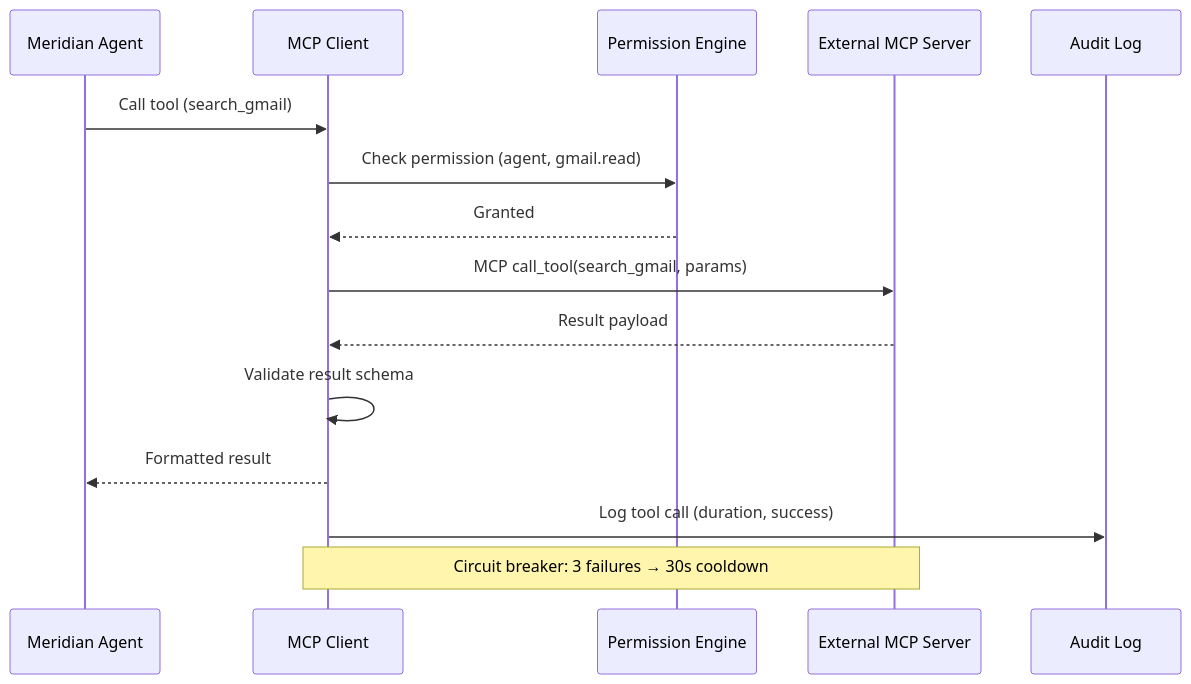
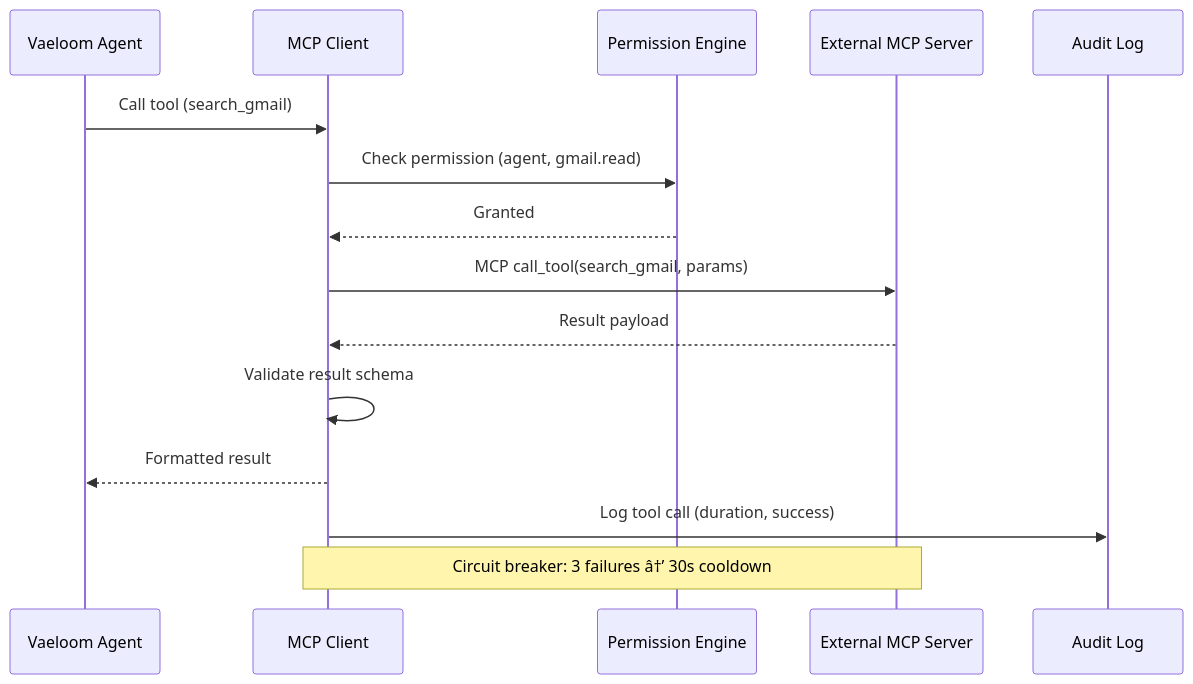
One commit to Driftloom/Vaeloom changed the second of 2 diagrams in Docs/AI/MCP.md. Above: the diagram before and after it, drawn with Mermaid. The commit also changed other lines of this file and 249 other files, not shown here.

Commit message:
Rename all references from Meridian to Vaeloom across docs, scripts, and config

````diff
--- a/Docs/AI/MCP.md
+++ b/Docs/AI/MCP.md
@@ -185,21 +185,21 @@
 ```mermaid
 sequenceDiagram
-    participant AG as Meridian Agent
+    participant AG as Vaeloom Agent
     participant MC as MCP Client
     participant PE as Permission Engine
     participant EXT as External MCP Server
     participant LOG as Audit Log
 
     AG->>MC: Call tool (search_gmail)
     MC->>PE: Check permission (agent, gmail.read)
     PE-->>MC: Granted
     
     MC->>EXT: MCP call_tool(search_gmail, params)
     EXT-->>MC: Result payload
     
     MC->>MC: Validate result schema
     MC-->>AG: Formatted result
     MC->>LOG: Log tool call (duration, success)
     
-    Note over MC,EXT: Circuit breaker: 3 failures → 30s cooldown
+    Note over MC,EXT: Circuit breaker: 3 failures â†’ 30s cooldown
 ```
````
